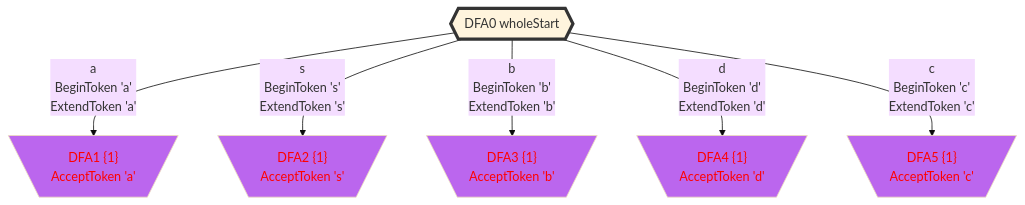
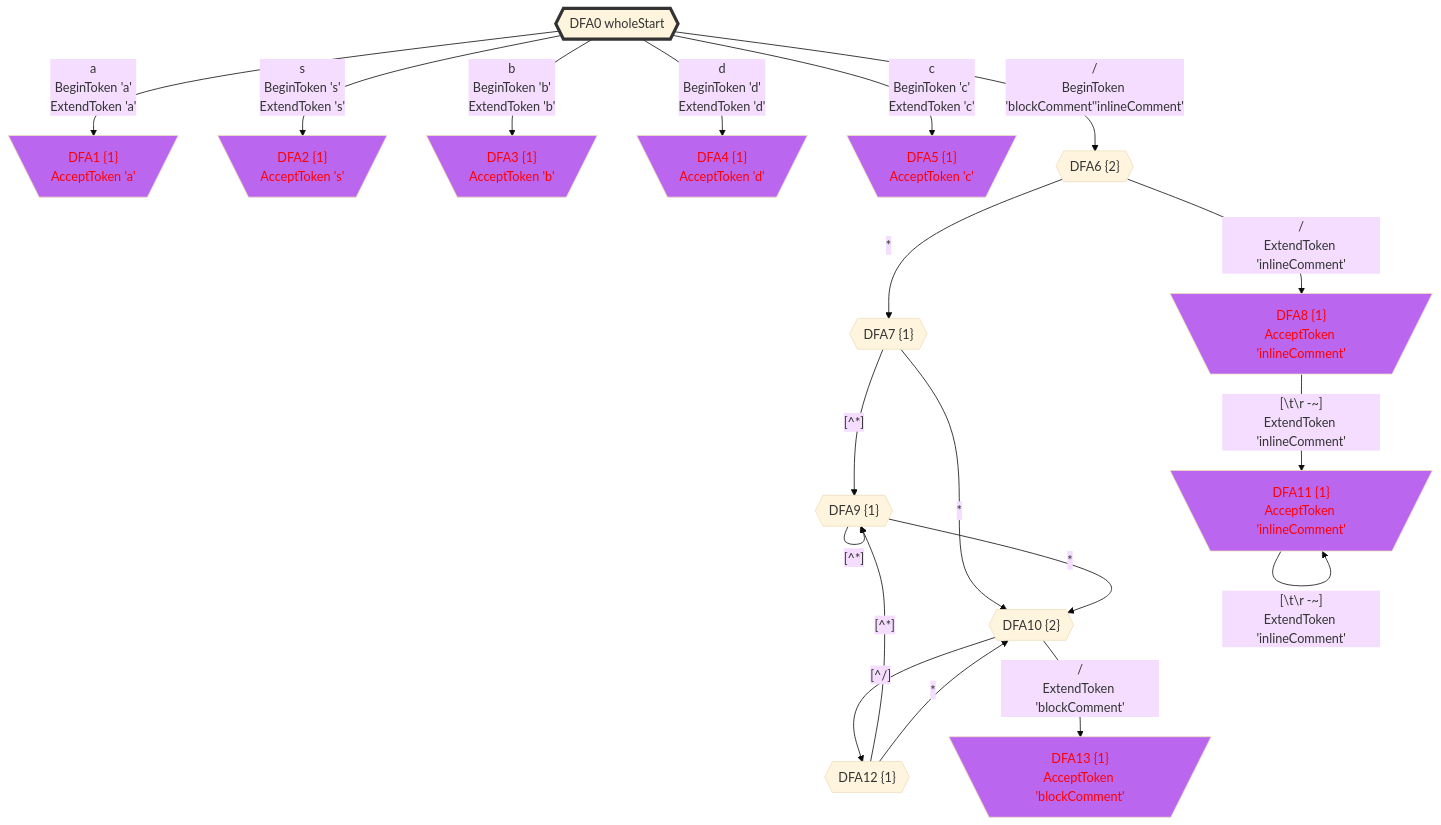
One commit to bitzhuwei/GrammarMentor changed the fifth of 7 diagrams in Practices/Practice.GeneratedXxxFormat.Test/GeneratedSAB/doc/LexicalStates.gen.md. Above: the diagram before and after it, drawn with Mermaid (base theme). The commit also changed other lines of this file and 3868 other files, not shown here.

````diff
--- a/Practices/Practice.GeneratedXxxFormat.Test/GeneratedSAB/doc/LexicalStates.gen.md
+++ b/Practices/Practice.GeneratedXxxFormat.Test/GeneratedSAB/doc/LexicalStates.gen.md
@@ -525,50 +883,82 @@
 ```Mermaid
 flowchart
 classDef c0001 color:#FF0000;
 classDef c0010 stroke-dasharray: 10 10;
 classDef c0011 stroke-dasharray: 10 10,color:#FF0000;
 classDef c0100 fill:#BB66EE;
 classDef c0101 fill:#BB66EE,color:#FF0000;
 classDef c0110 fill:#BB66EE,stroke-dasharray: 10 10;
 classDef c0111 fill:#BB66EE,stroke-dasharray: 10 10,color:#FF0000;
 classDef c1000 stroke:#333,stroke-width:4px;
 classDef c1001 stroke:#333,stroke-width:4px,color:#FF0000;
 classDef c1010 stroke:#333,stroke-width:4px,stroke-dasharray: 10 10;
 classDef c1011 stroke:#333,stroke-width:4px,stroke-dasharray: 10 10,color:#FF0000;
 classDef c1100 stroke:#333,stroke-width:4px,fill:#BB66EE;
 classDef c1101 stroke:#333,stroke-width:4px,fill:#BB66EE,color:#FF0000;
 classDef c1110 stroke:#333,stroke-width:4px,fill:#BB66EE,stroke-dasharray: 10 10;
 classDef c1111 stroke:#333,stroke-width:4px,fill:#BB66EE,stroke-dasharray: 10 10,color:#FF0000;
-DFA0_1923463421{{"DFA0 wholeStart"}}
-class DFA0_1923463421 c1000;
-DFA1_-694928352[\"DFA1 {1}
+DFA0_-2011742570{{"DFA0 wholeStart"}}
+class DFA0_-2011742570 c1000;
+DFA1_965118415[\"DFA1 {1}
 AcceptToken 'a'"/]
-class DFA1_-694928352 c0101;
-DFA2_1430363654[\"DFA2 {1}
+class DFA1_965118415 c0101;
+DFA2_-1841752797[\"DFA2 {1}
 AcceptToken 's'"/]
-class DFA2_1430363654 c0101;
-DFA3_-1559980011[\"DFA3 {1}
+class DFA2_-1841752797 c0101;
+DFA3_1913146111[\"DFA3 {1}
 AcceptToken 'b'"/]
-class DFA3_-1559980011 c0101;
-DFA4_1206467762[\"DFA4 {1}
+class DFA3_1913146111 c0101;
+DFA4_1623093623[\"DFA4 {1}
 AcceptToken 'd'"/]
-class DFA4_1206467762 c0101;
-DFA5_-1793880414[\"DFA5 {1}
+class DFA4_1623093623 c0101;
+DFA5_1525692439[\"DFA5 {1}
 AcceptToken 'c'"/]
-class DFA5_-1793880414 c0101;
-DFA0_1923463421 -->|"a
+class DFA5_1525692439 c0101;
+DFA6_1862687141{{"DFA6 {2}"}}
+DFA7_1742648909{{"DFA7 {1}"}}
+DFA8_-988443997[\"DFA8 {1}
+AcceptToken 'inlineComment'"/]
+class DFA8_-988443997 c0101;
+DFA9_-354726560{{"DFA9 {1}"}}
+DFA10_323920158{{"DFA10 {2}"}}
+DFA11_-378200846[\"DFA11 {1}
+AcceptToken 'inlineComment'"/]
+class DFA11_-378200846 c0101;
+DFA12_-1735644823{{"DFA12 {1}"}}
+DFA13_1233218362[\"DFA13 {1}
+AcceptToken 'blockComment'"/]
+class DFA13_1233218362 c0101;
+DFA0_-2011742570 -->|"a
 BeginToken 'a'
-ExtendToken 'a'"|DFA1_-694928352
-DFA0_1923463421 -->|"s
+ExtendToken 'a'"|DFA1_965118415
+DFA0_-2011742570 -->|"s
 BeginToken 's'
-ExtendToken 's'"|DFA2_1430363654
-DFA0_1923463421 -->|"b
+ExtendToken 's'"|DFA2_-1841752797
+DFA0_-2011742570 -->|"b
 BeginToken 'b'
-ExtendToken 'b'"|DFA3_-1559980011
-DFA0_1923463421 -->|"d
+ExtendToken 'b'"|DFA3_1913146111
+DFA0_-2011742570 -->|"d
 BeginToken 'd'
-ExtendToken 'd'"|DFA4_1206467762
-DFA0_1923463421 -->|"c
+ExtendToken 'd'"|DFA4_1623093623
+DFA0_-2011742570 -->|"c
 BeginToken 'c'
-ExtendToken 'c'"|DFA5_-1793880414
+ExtendToken 'c'"|DFA5_1525692439
+DFA0_-2011742570 -->|"/
+BeginToken 'blockComment''inlineComment'"|DFA6_1862687141
+DFA6_1862687141 -->|"*"|DFA7_1742648909
+DFA6_1862687141 -->|"/
+ExtendToken 'inlineComment'"|DFA8_-988443997
+DFA7_1742648909 -->|"[^*]"|DFA9_-354726560
+DFA7_1742648909 -->|"*"|DFA10_323920158
+DFA8_-988443997 -->|"[#92;t#92;r#32;-~]
+ExtendToken 'inlineComment'"|DFA11_-378200846
+DFA9_-354726560 -->|"[^*]"|DFA9_-354726560
+DFA9_-354726560 -->|"*"|DFA10_323920158
+DFA10_323920158 -->|"[^/]"|DFA12_-1735644823
+DFA10_323920158 -->|"/
+ExtendToken 'blockComment'"|DFA13_1233218362
+DFA11_-378200846 -->|"[#92;t#92;r#32;-~]
+ExtendToken 'inlineComment'"|DFA11_-378200846
+DFA12_-1735644823 -->|"[^*]"|DFA9_-354726560
+DFA12_-1735644823 -->|"*"|DFA10_323920158
 ```
````
